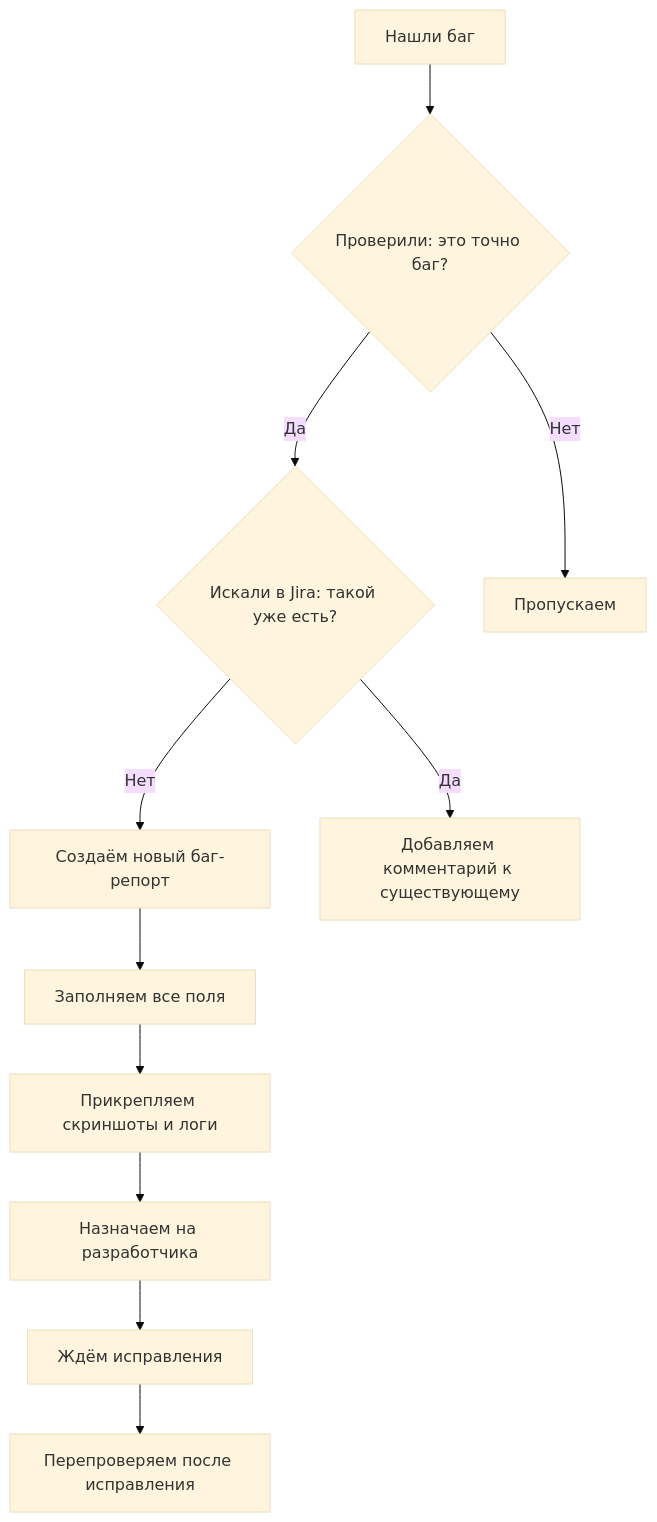
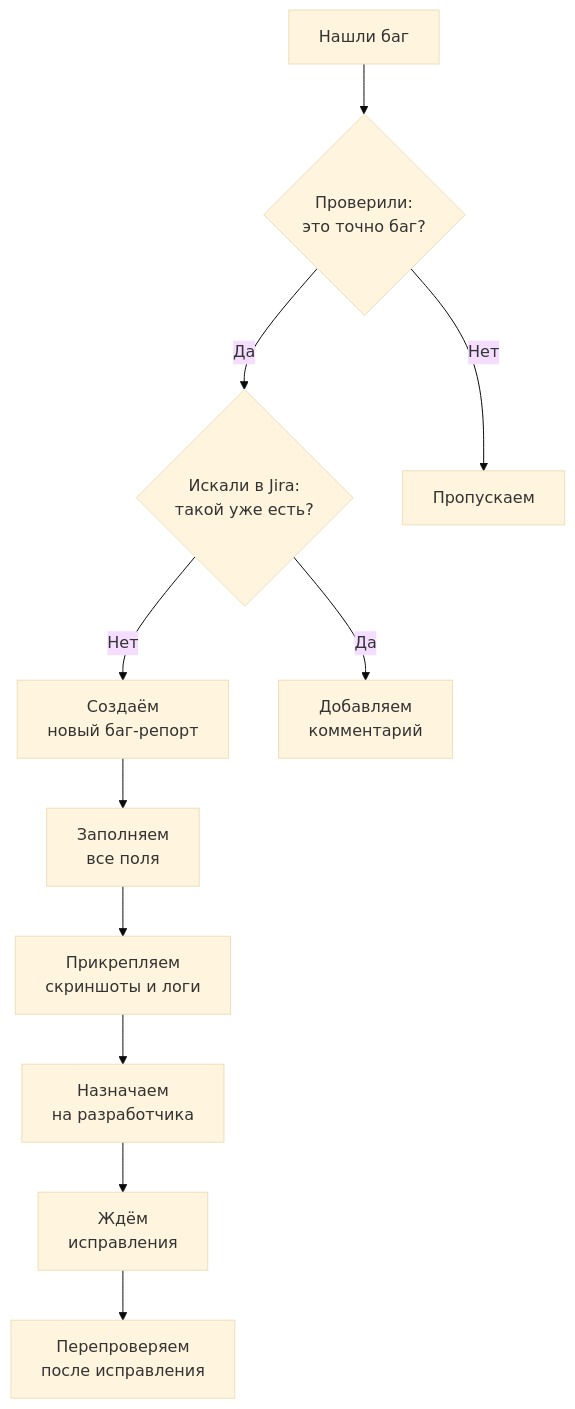
Before and after one commit to Denis-EA/project: the diagram in docs/lessons/lesson-03.md, drawn with Mermaid (base theme). The commit also changed other lines of this file and 5 other files, not shown here.

````diff
--- a/docs/lessons/lesson-03.md
+++ b/docs/lessons/lesson-03.md
@@ -87,13 +87,13 @@
 ```mermaid
 graph TD
-    A[Нашли баг] --> B{Проверили: это точно баг?}
-    B -->|Да| C{Искали в Jira: такой уже есть?}
+    A[Нашли баг] --> B{Проверили:<br>это точно баг?}
+    B -->|Да| C{Искали в Jira:<br>такой уже есть?}
     B -->|Нет| D[Пропускаем]
-    C -->|Нет| E[Создаём новый баг-репорт]
-    C -->|Да| F[Добавляем комментарий к существующему]
-    E --> G[Заполняем все поля]
-    G --> H[Прикрепляем скриншоты и логи]
-    H --> I[Назначаем на разработчика]
-    I --> J[Ждём исправления]
-    J --> K[Перепроверяем после исправления]
+    C -->|Нет| E[Создаём<br>новый баг-репорт]
+    C -->|Да| F[Добавляем<br>комментарий]
+    E --> G[Заполняем<br>все поля]
+    G --> H[Прикрепляем<br>скриншоты и логи]
+    H --> I[Назначаем<br>на разработчика]
+    I --> J[Ждём<br>исправления]
+    J --> K[Перепроверяем<br>после исправления]
 ```
````
